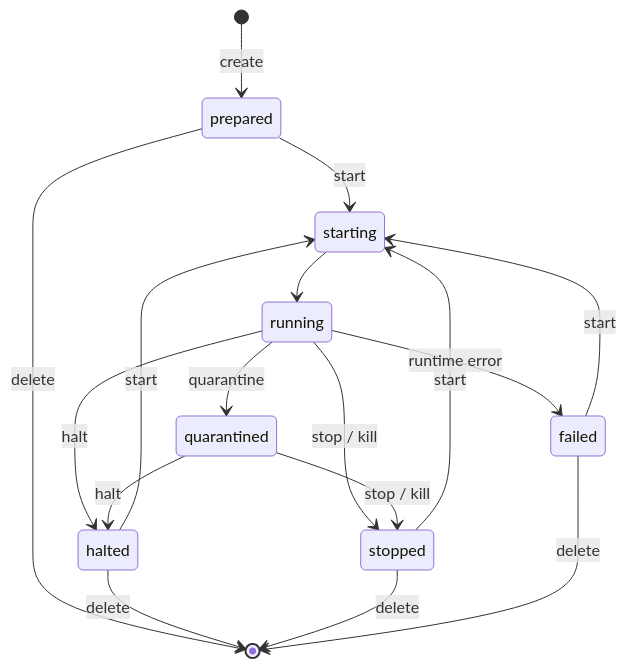
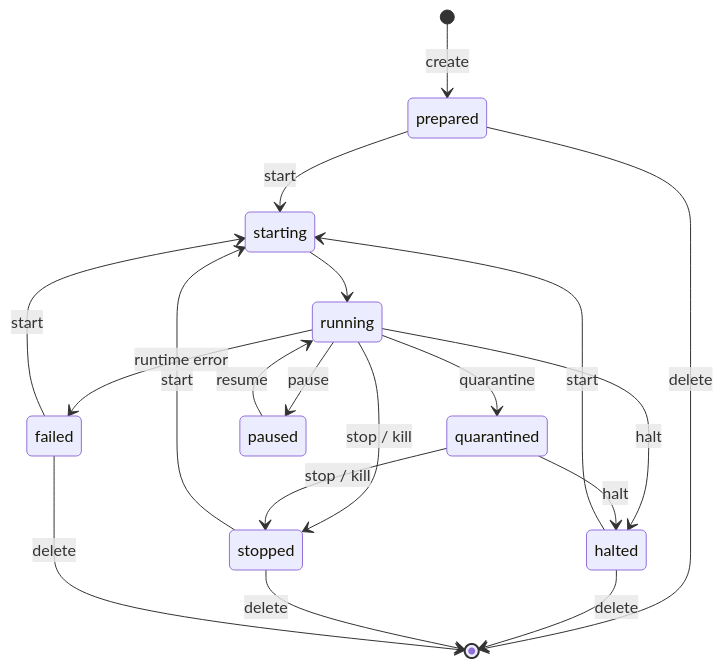
One commit to geoffbelknap/microagent changed the diagram in docs/concepts/state-and-identity.md. Above: the diagram before and after it, drawn with Mermaid. The commit also changed other lines of this file and 8 other files, not shown here.

First line of the commit message:
contract+docs: advertise pause/resume/snapshot and document the protocol

````diff
--- a/docs/concepts/state-and-identity.md
+++ b/docs/concepts/state-and-identity.md
@@ -125,24 +131,27 @@
 ```mermaid
 stateDiagram-v2
     [*] --> prepared : create
 
     prepared --> starting : start
     halted    --> starting : start
     stopped   --> starting : start
     failed    --> starting : start
 
     starting --> running
 
     running --> halted      : halt
     running --> stopped     : stop / kill
     running --> quarantined : quarantine
     running --> failed      : runtime error
 
+    running --> paused      : pause
+    paused  --> running     : resume
+
     quarantined --> halted  : halt
     quarantined --> stopped : stop / kill
 
     prepared --> [*] : delete
     halted   --> [*] : delete
     stopped  --> [*] : delete
     failed   --> [*] : delete
 ```
````
